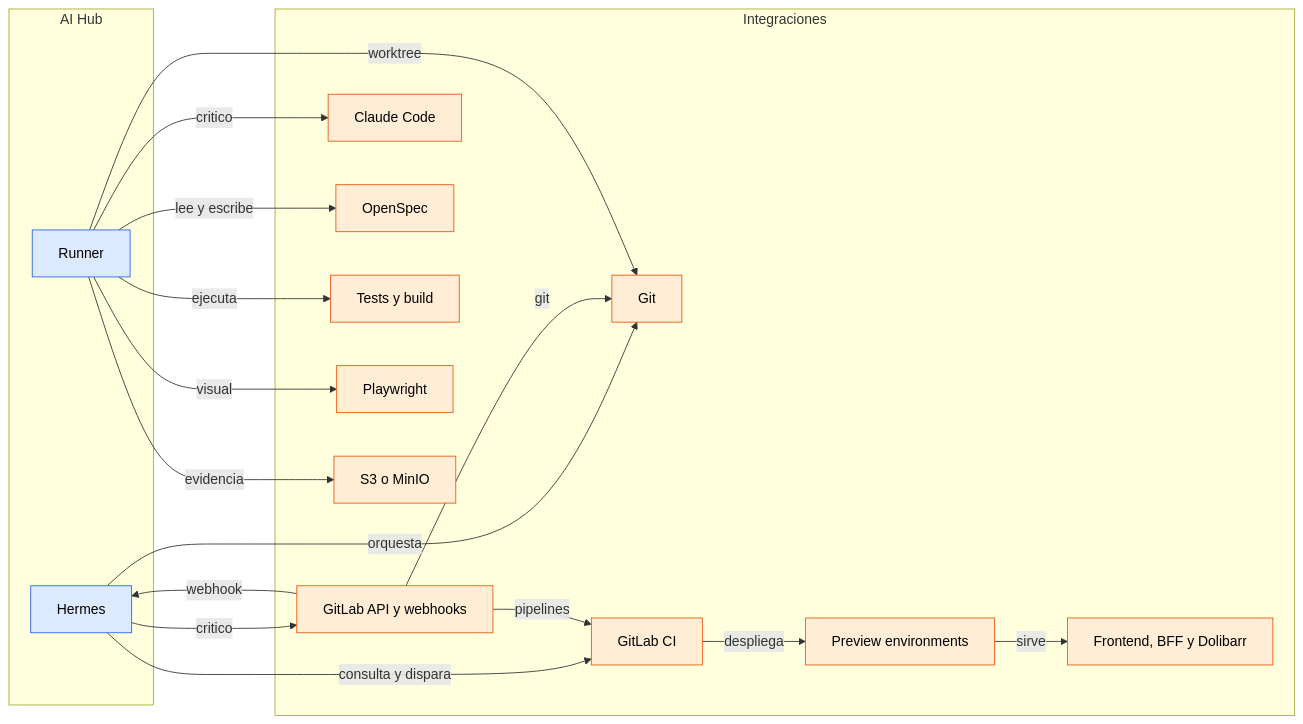
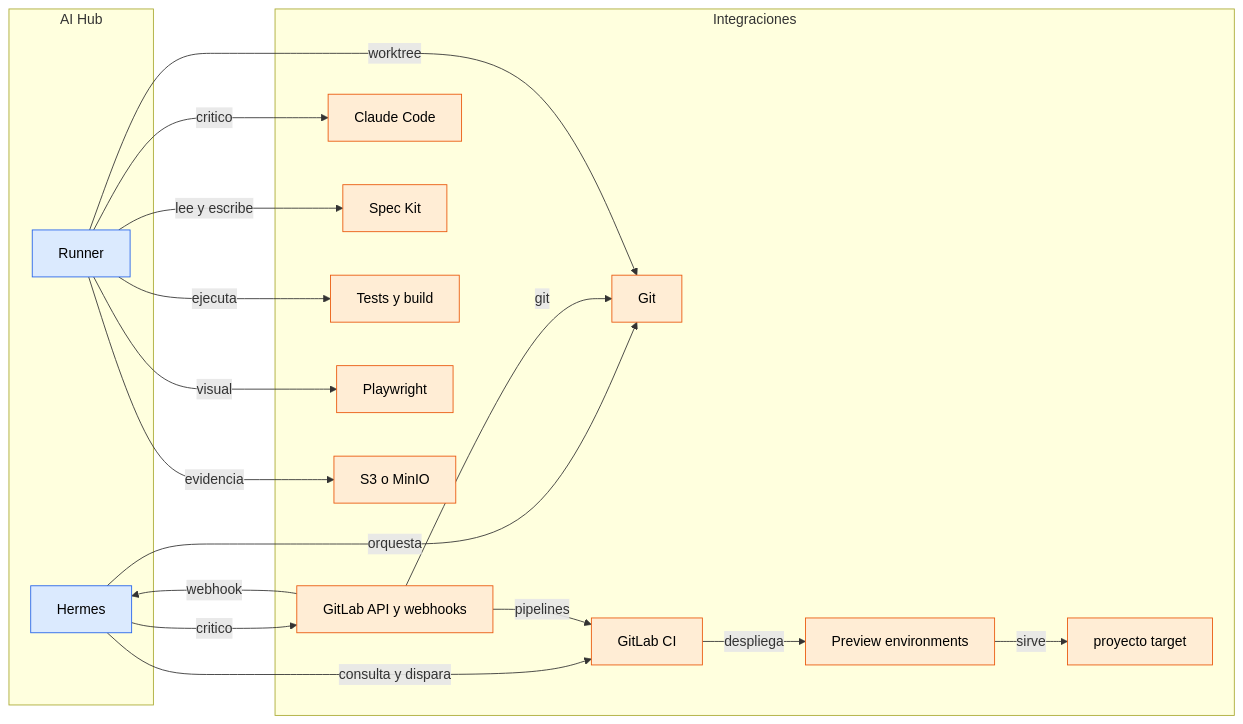
Before and after one commit to dsalazardev/ai-hub: the diagram in architecture/mermaid/23-integraciones-y-dependencias.mmd, drawn with Mermaid. The commit also changed 1324 other files, not shown here.

Commit message:
feat(engine): motor universal con Spec Kit, presets y catalogo de desarrollo

```diff
--- a/architecture/mermaid/23-integraciones-y-dependencias.mmd
+++ b/architecture/mermaid/23-integraciones-y-dependencias.mmd
@@ -1,37 +1,37 @@
 flowchart LR
   subgraph CORE["AI Hub"]
     H["Hermes"]
     R["Runner"]
   end
   subgraph EXT["Integraciones"]
     GL["GitLab API y webhooks"]
     GIT["Git"]
     CI["GitLab CI"]
     MODEL["Claude Code"]
-    OS["OpenSpec"]
+    OS["Spec Kit"]
     TEST["Tests y build"]
     PW["Playwright"]
     STORE["S3 o MinIO"]
     PREV["Preview environments"]
-    APP["Frontend, BFF y Dolibarr"]
+    APP["proyecto target"]
   end
   H -->|critico| GL
   GL -->|webhook| H
   H -->|orquesta| GIT
   H -->|consulta y dispara| CI
   R -->|critico| MODEL
   R -->|lee y escribe| OS
   R -->|ejecuta| TEST
   R -->|visual| PW
   R -->|evidencia| STORE
   GL -->|git| GIT
   GL -->|pipelines| CI
   CI -->|despliega| PREV
   PREV -->|sirve| APP
   R -->|worktree| GIT
   %% Playwright es condicional para cambios visuales.
   %% Preview es necesario para validacion, no para toda tarea.
   classDef core fill:#dbeafe,stroke:#2563eb,color:#000
   classDef ext fill:#ffedd5,stroke:#ea580c,color:#000
   class H,R core
   class GL,GIT,CI,MODEL,OS,TEST,PW,STORE,PREV,APP ext
```
